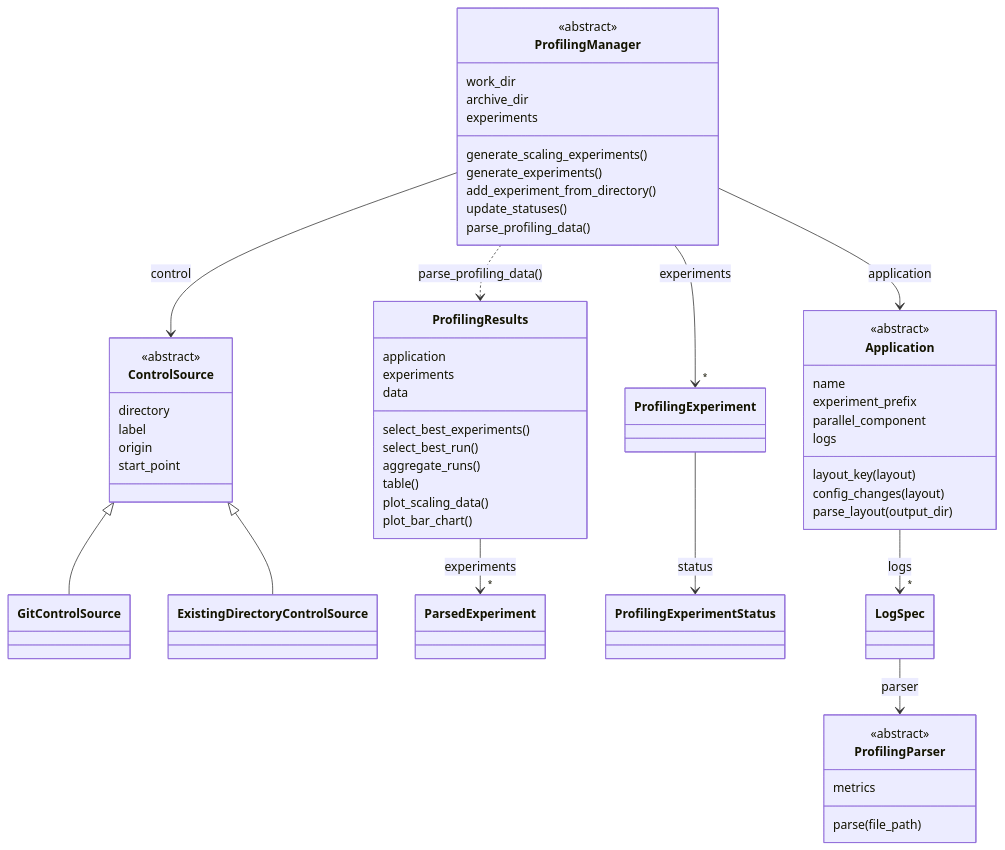
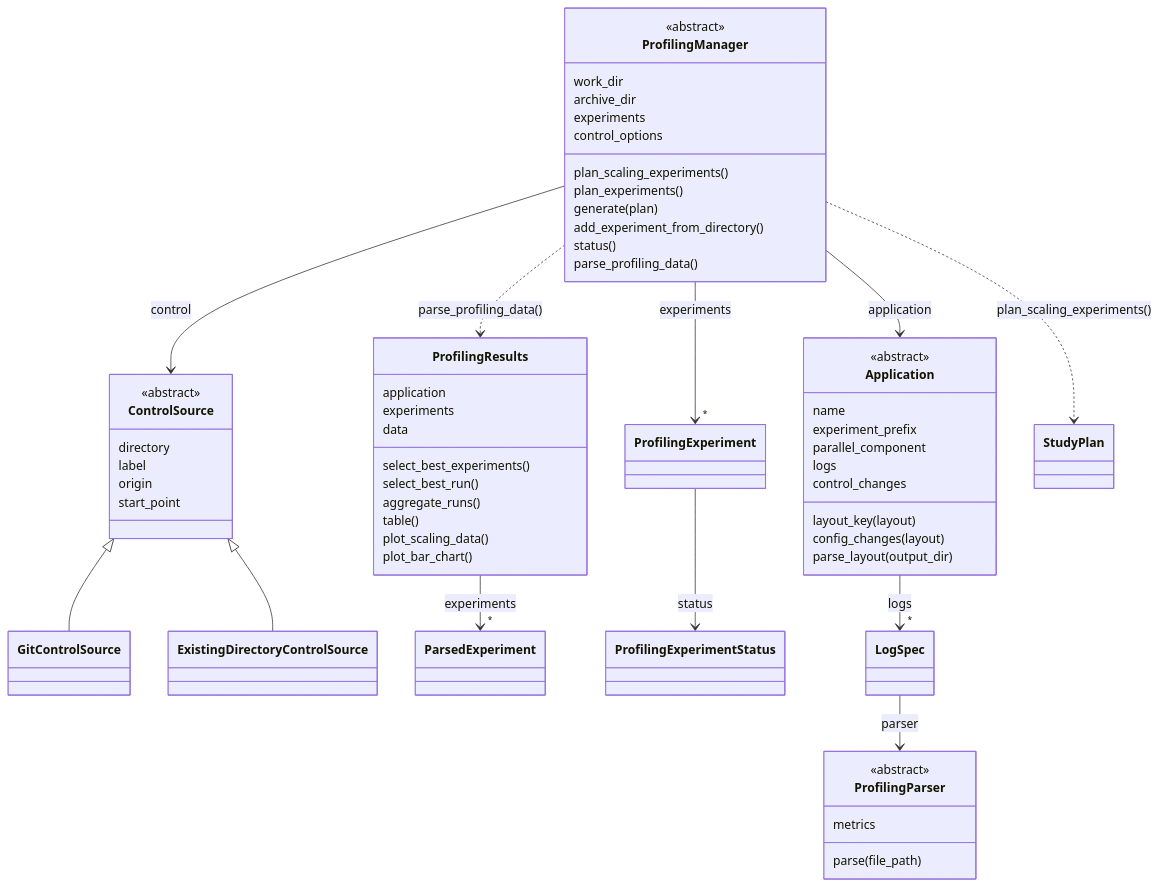
Before and after one commit to ACCESS-NRI/access-profiling: the first of 3 diagrams in documentation/docs/pages/developer-guide/index.md, drawn with Mermaid. The commit also changed other lines of this file and 28 other files, not shown here.

````diff
--- a/documentation/docs/pages/developer-guide/index.md
+++ b/documentation/docs/pages/developer-guide/index.md
@@ -29,63 +29,67 @@
 ```mermaid
 classDiagram
     direction TB
     class ProfilingManager {
         <<abstract>>
         work_dir
         archive_dir
         experiments
-        generate_scaling_experiments()
-        generate_experiments()
+        control_options
+        plan_scaling_experiments()
+        plan_experiments()
+        generate(plan)
         add_experiment_from_directory()
-        update_statuses()
+        status()
         parse_profiling_data()
     }
 
     class ProfilingResults {
         application
         experiments
         data
         select_best_experiments()
         select_best_run()
         aggregate_runs()
         table()
         plot_scaling_data()
         plot_bar_chart()
     }
 
     class Application {
         <<abstract>>
         name
         experiment_prefix
         parallel_component
         logs
+        control_changes
         layout_key(layout)
         config_changes(layout)
         parse_layout(output_dir)
     }
 
     class ControlSource {
         <<abstract>>
         directory
         label
         origin
         start_point
     }
     ControlSource <|-- GitControlSource
     ControlSource <|-- ExistingDirectoryControlSource
 
     class ProfilingParser {
         <<abstract>>
         metrics
         parse(file_path)
     }
 
     ProfilingManager --> Application : application
     ProfilingManager --> ControlSource : control
     ProfilingManager --> "*" ProfilingExperiment : experiments
+    ProfilingManager ..> StudyPlan : plan_scaling_experiments()
     ProfilingManager ..> ProfilingResults : parse_profiling_data()
     ProfilingResults --> "*" ParsedExperiment : experiments
     ProfilingExperiment --> ProfilingExperimentStatus : status
     Application --> "*" LogSpec : logs
     LogSpec --> ProfilingParser : parser
 ```
````
